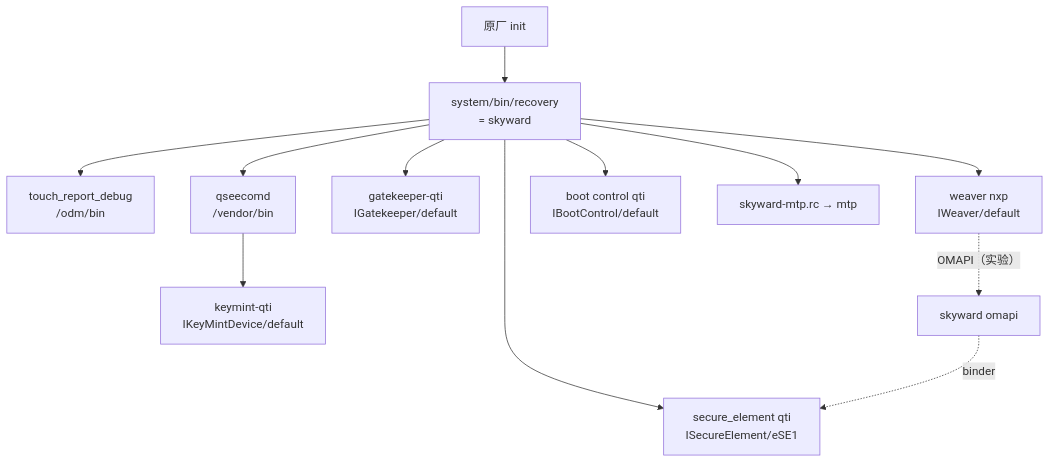
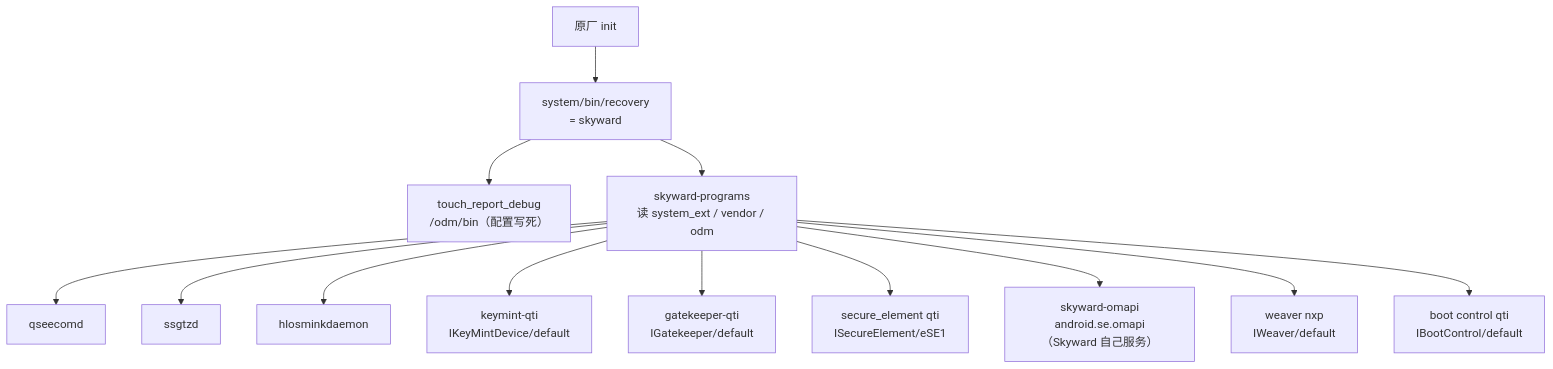
Before and after one commit to Remoparrot/skyward-onyx: the second of 4 diagrams in docs/02-architecture.md, drawn with Mermaid. The commit also changed other lines of this file and 27 other files, not shown here.

````diff
--- a/docs/02-architecture.md
+++ b/docs/02-architecture.md
@@ -71,14 +74,15 @@
 ```mermaid
 flowchart TB
   INIT["原厂 init"] --> REC["system/bin/recovery<br/>= skyward"]
-  REC --> TOUCH["touch_report_debug<br/>/odm/bin"]
-  REC --> QSEE["qseecomd<br/>/vendor/bin"]
-  QSEE --> KM["keymint-qti<br/>IKeyMintDevice/default"]
-  REC --> GK["gatekeeper-qti<br/>IGatekeeper/default"]
-  REC --> SE["secure_element qti<br/>ISecureElement/eSE1"]
-  REC --> WV["weaver nxp<br/>IWeaver/default"]
-  REC --> BOOT["boot control qti<br/>IBootControl/default"]
-  REC --> MTP["skyward-mtp.rc → mtp"]
-  WV -. "OMAPI（实验）" .-> OM["skyward omapi"]
-  OM -. binder .-> SE
+  REC --> TOUCH["touch_report_debug<br/>/odm/bin（配置写死）"]
+  REC --> DISCOVERY["skyward-programs<br/>读 system_ext / vendor / odm"]
+  DISCOVERY --> QSEE["qseecomd"]
+  DISCOVERY --> SSGTZ["ssgtzd"]
+  DISCOVERY --> HLOS["hlosminkdaemon"]
+  DISCOVERY --> KM["keymint-qti<br/>IKeyMintDevice/default"]
+  DISCOVERY --> GK["gatekeeper-qti<br/>IGatekeeper/default"]
+  DISCOVERY --> SE["secure_element qti<br/>ISecureElement/eSE1"]
+  DISCOVERY --> OM["skyward-omapi<br/>android.se.omapi（Skyward 自己服务）"]
+  DISCOVERY --> WV["weaver nxp<br/>IWeaver/default"]
+  DISCOVERY --> BOOT["boot control qti<br/>IBootControl/default"]
 ```
````
